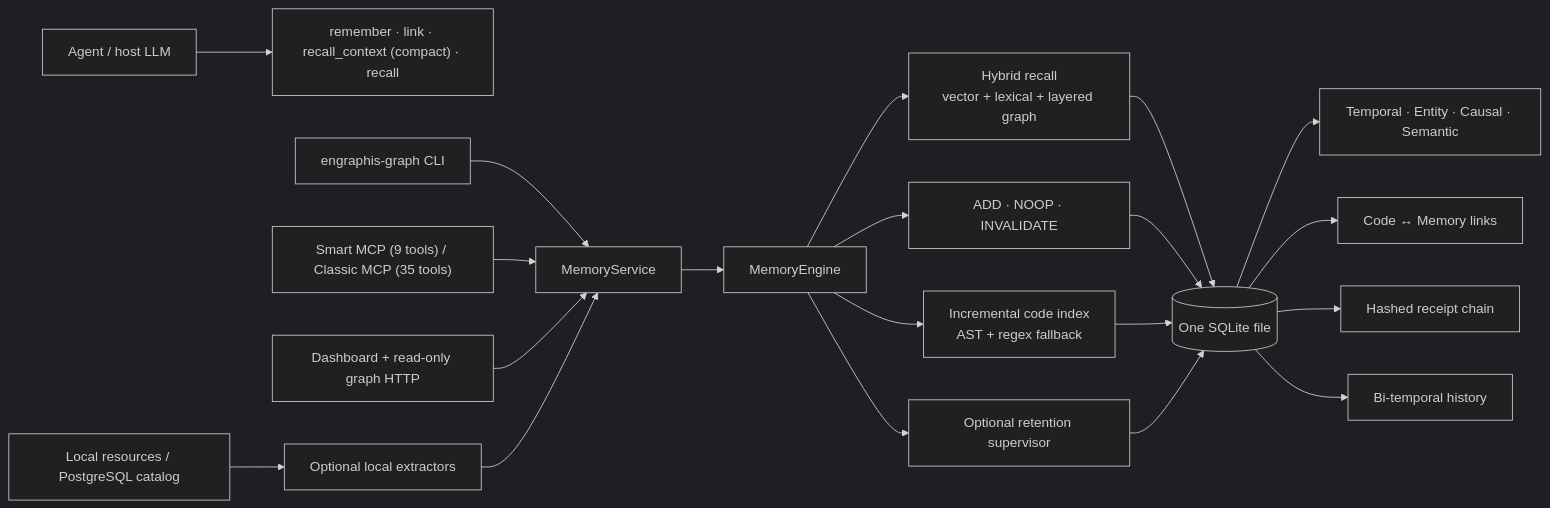
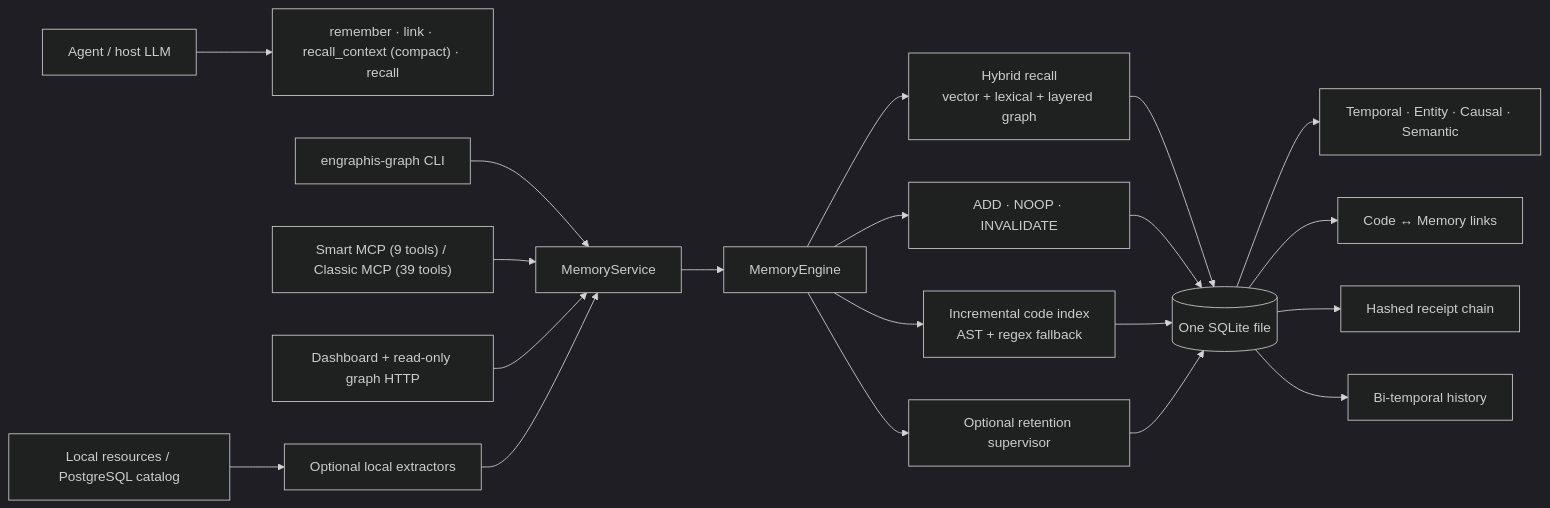
The diagram in docs/ARCHITECTURE_V3.md (Coding-Dev-Tools/engraphis), drawn with Mermaid (dark theme) before and after one commit. The commit also changed 216 other files, not shown here.

First line of the commit message:
Prepare 1.7.9 with managed Jev, workspace routing, and graph fixes (#243)

````diff
--- a/docs/ARCHITECTURE_V3.md
+++ b/docs/ARCHITECTURE_V3.md
@@ -7,25 +7,25 @@
 ```mermaid
 flowchart LR
     Agent["Agent / host LLM"] --> Intent["remember · link · recall_context (compact) · recall"]
     CLI["engraphis-graph CLI"] --> Service["MemoryService"]
-    MCP["Smart MCP (9 tools) / Classic MCP (35 tools)"] --> Service
+    MCP["Smart MCP (9 tools) / Classic MCP (39 tools)"] --> Service
     HTTP["Dashboard + read-only graph HTTP"] --> Service
     Import["Local resources / PostgreSQL catalog"] --> Extractors["Optional local extractors"]
     Extractors --> Service
 
     Service --> Engine["MemoryEngine"]
     Engine --> Recall["Hybrid recall\nvector + lexical + layered graph"]
     Engine --> Resolver["ADD · NOOP · INVALIDATE"]
     Engine --> Code["Incremental code index\nAST + regex fallback"]
     Engine --> Retention["Optional retention supervisor"]
 
     Recall --> SQLite[("One SQLite file")]
     Resolver --> SQLite
     Code --> SQLite
     Retention --> SQLite
 
     SQLite --> Layers["Temporal · Entity · Causal · Semantic"]
     SQLite --> Bridge["Code ↔ Memory links"]
     SQLite --> Receipts["Hashed receipt chain"]
     SQLite --> History["Bi-temporal history"]
 ```
````
